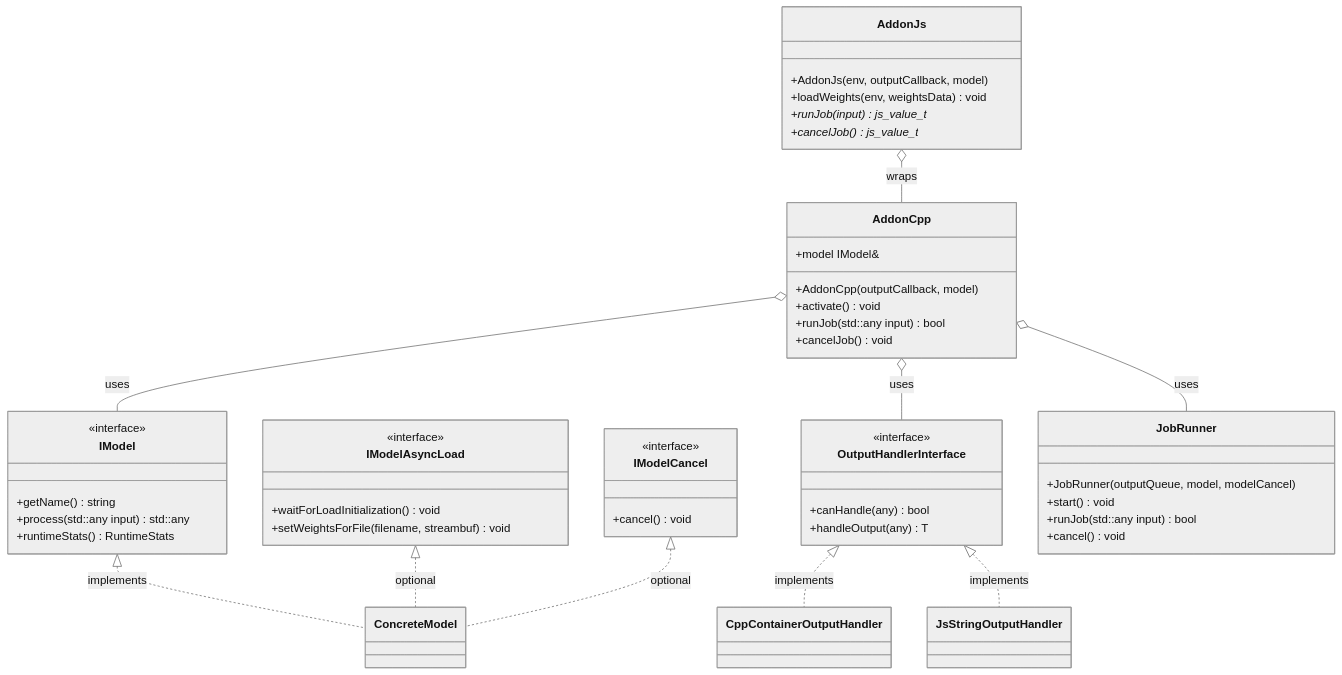
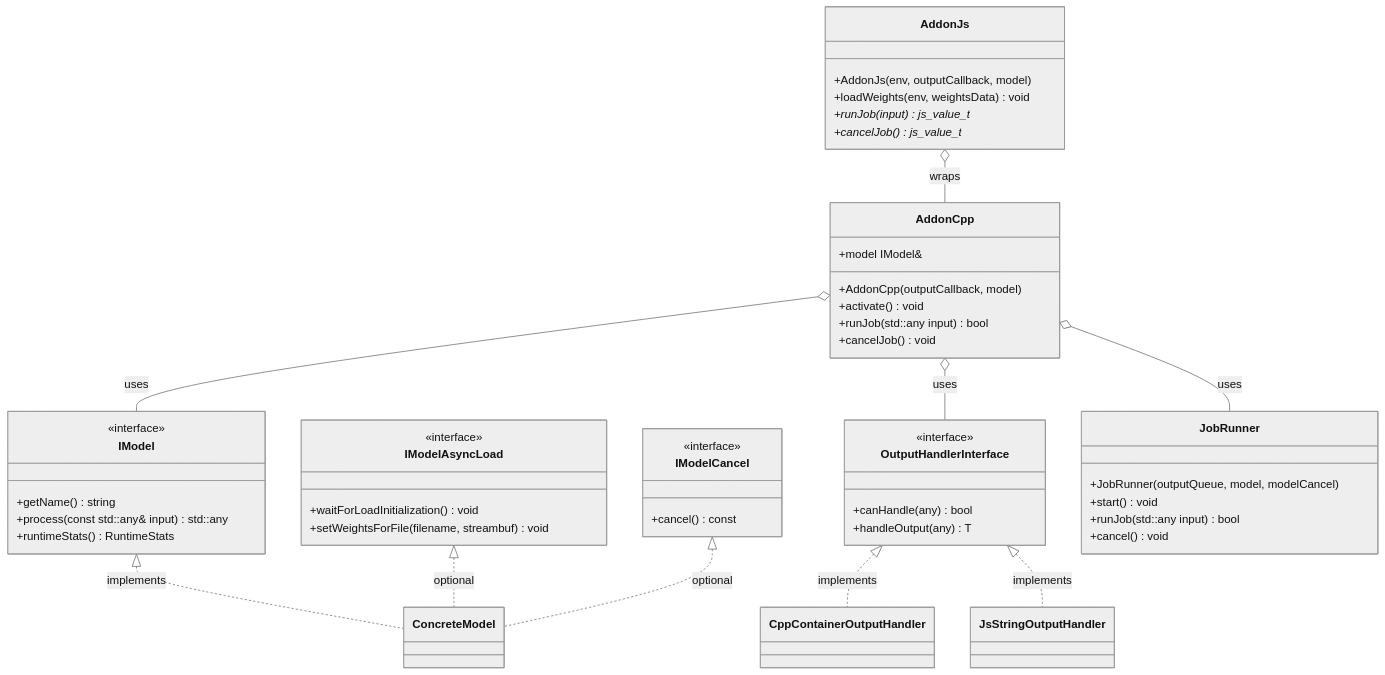
One commit to tetherto/qvac changed the second of 3 diagrams in packages/inference-addon-cpp/docs/architecture.md. Above: the diagram before and after it, drawn with Mermaid (neutral theme). The commit also changed other lines of this file and 7 other files, not shown here.

First line of the commit message:
doc: refresh inference addon architecture docs

````diff
--- a/packages/inference-addon-cpp/docs/architecture.md
+++ b/packages/inference-addon-cpp/docs/architecture.md
@@ -189,60 +189,60 @@
 ```mermaid
 classDiagram
     class IModel {
         <<interface>>
         +getName() string
-        +process(std::any input) std::any
+        +process(const std::any& input) std::any
         +runtimeStats() RuntimeStats
     }
     
     class IModelAsyncLoad {
         <<interface>>
         +waitForLoadInitialization() void
         +setWeightsForFile(filename, streambuf) void
     }
     
     class IModelCancel {
         <<interface>>
-        +cancel() void
+        +cancel() const
     }
     
     class OutputHandlerInterface {
         <<interface>>
         +canHandle(any) bool
         +handleOutput(any) T
     }
     
     class AddonCpp {
         +AddonCpp(outputCallback, model)
         +activate() void
         +runJob(std::any input) bool
         +cancelJob() void
         +model IModel&
     }
     
     class AddonJs {
         +AddonJs(env, outputCallback, model)
         +loadWeights(env, weightsData) void
         +runJob(input) js_value_t*
         +cancelJob() js_value_t*
     }
     
     class JobRunner {
         +JobRunner(outputQueue, model, modelCancel)
         +start() void
         +runJob(std::any input) bool
         +cancel() void
     }
     
     IModel <|.. ConcreteModel : implements
     IModelAsyncLoad <|.. ConcreteModel : optional
     IModelCancel <|.. ConcreteModel : optional
     
     OutputHandlerInterface <|.. CppContainerOutputHandler : implements
     OutputHandlerInterface <|.. JsStringOutputHandler : implements
     
     AddonCpp o-- IModel : uses
     AddonCpp o-- JobRunner : uses
     AddonCpp o-- OutputHandlerInterface : uses
     AddonJs o-- AddonCpp : wraps
 ```
````
